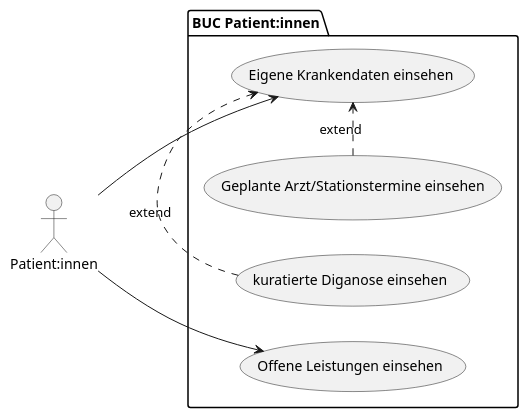
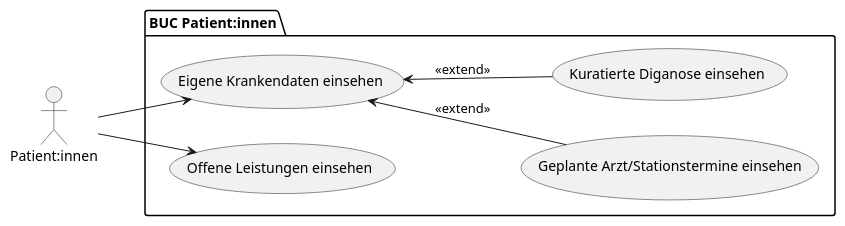
The third of 9 diagrams in docs/2_planning/1_business_use_cases.md (helenlaible/ss23-kba-project), drawn with PlantUML before and after one commit. The commit also changed other lines of this file, not shown here.

````diff
--- a/docs/2_planning/1_business_use_cases.md
+++ b/docs/2_planning/1_business_use_cases.md
@@ -75,18 +77,16 @@
 ```plantuml BUC Patient:innen
 left to right direction
 
 actor "Patient:innen" as patient
 
 package "BUC Patient:innen" {
-  usecase "Eigene Krankendaten einsehen" as UC1
-  usecase "Offene Leistungen einsehen" as UC2
-  usecase "Geplante Arzt/Stationstermine einsehen" as UC3
-  usecase "kuratierte Diganose einsehen" as UC4
+  (Eigene Krankendaten einsehen) as UC1
+  (Offene Leistungen einsehen) as UC2
+
+  UC1 <-- (Geplante Arzt/Stationstermine einsehen): <<extend>>
+  UC1 <-- (Kuratierte Diganose einsehen): <<extend>>
 }
 
 patient --> UC1
 patient --> UC2
-
-(UC3) .> (UC1) : extend
-(UC4) .> (UC1) : extend
 ```
````
